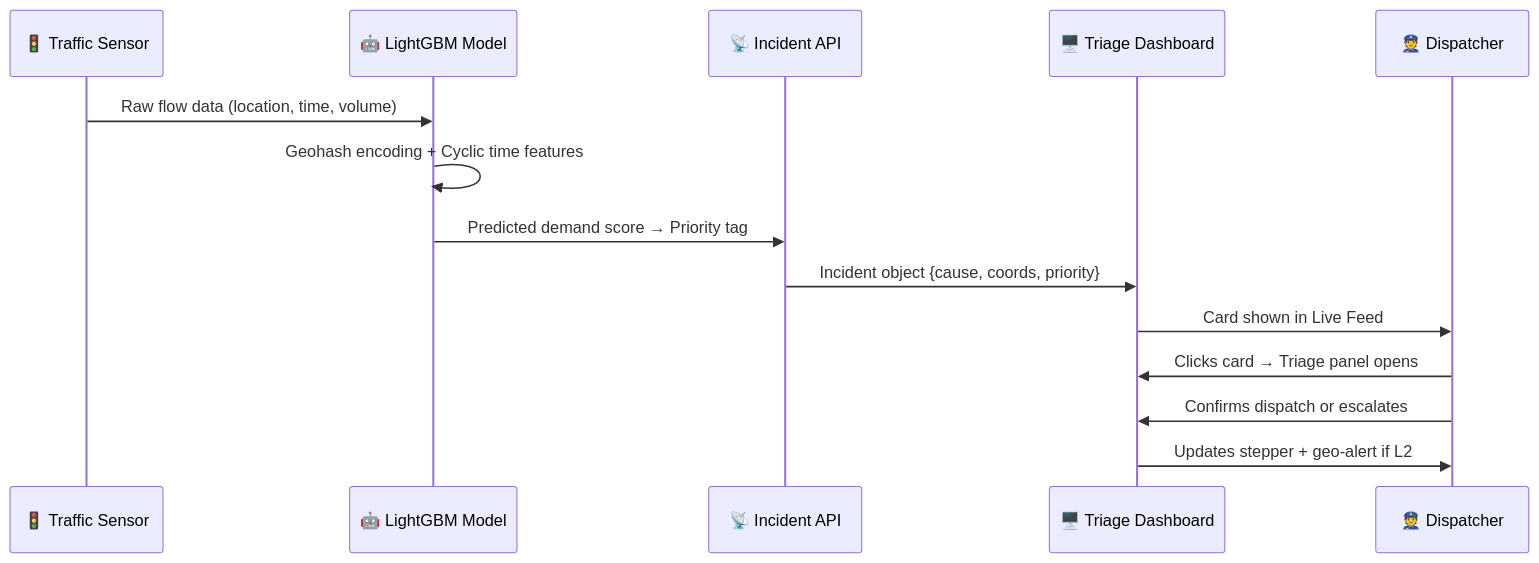
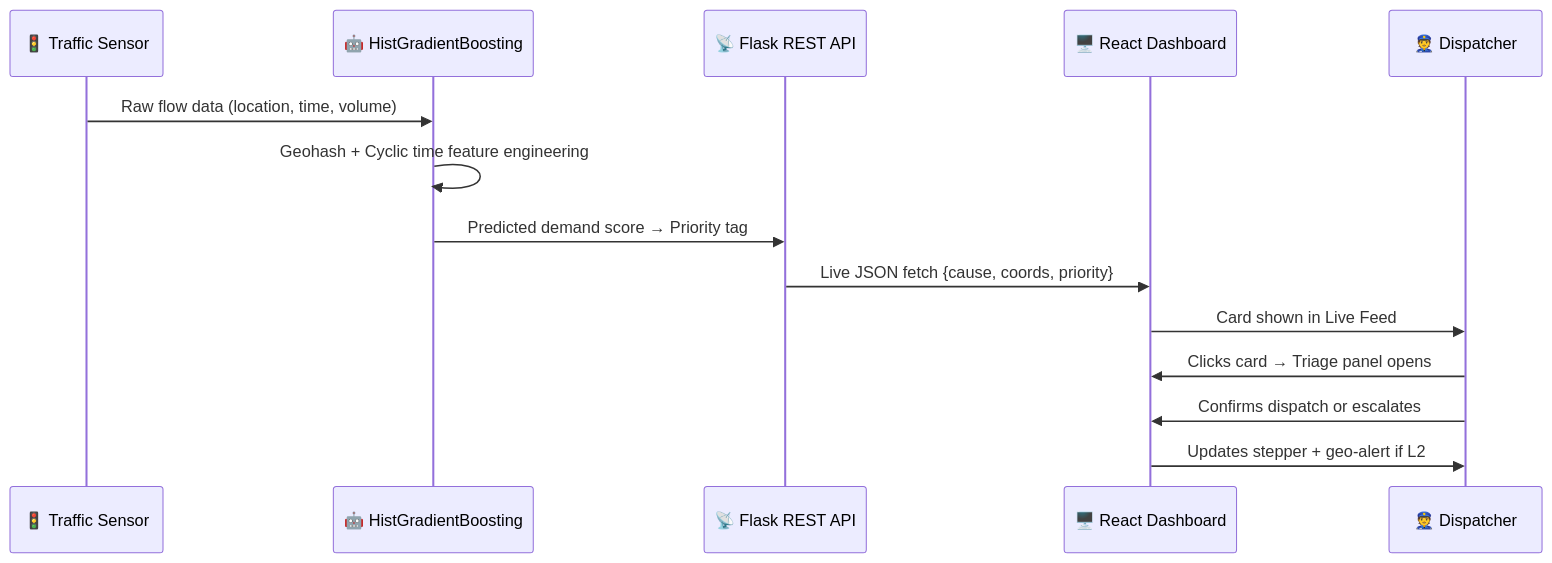
Before and after one commit to Ankita562/traffic-triage-dashboard: the third of 5 diagrams in README.md, drawn with Mermaid. The commit also changed other lines of this file, not shown here.

Commit message:
Update README with new model and API details

````diff
--- a/README.md
+++ b/README.md
@@ -69,17 +69,17 @@
 ```mermaid
 sequenceDiagram
     participant Sensor as 🚦 Traffic Sensor
-    participant ML as 🤖 LightGBM Model
-    participant API as 📡 Incident API
-    participant UI as 🖥️ Triage Dashboard
+    participant ML as 🤖 HistGradientBoosting
+    participant API as 📡 Flask REST API
+    participant UI as 🖥️ React Dashboard
     participant Dispatcher as 👮 Dispatcher
 
     Sensor->>ML: Raw flow data (location, time, volume)
-    ML->>ML: Geohash encoding + Cyclic time features
+    ML->>ML: Geohash + Cyclic time feature engineering
     ML->>API: Predicted demand score → Priority tag
-    API->>UI: Incident object {cause, coords, priority}
+    API->>UI: Live JSON fetch {cause, coords, priority}
     UI->>Dispatcher: Card shown in Live Feed
     Dispatcher->>UI: Clicks card → Triage panel opens
     Dispatcher->>UI: Confirms dispatch or escalates
     UI->>Dispatcher: Updates stepper + geo-alert if L2
 ```
````
